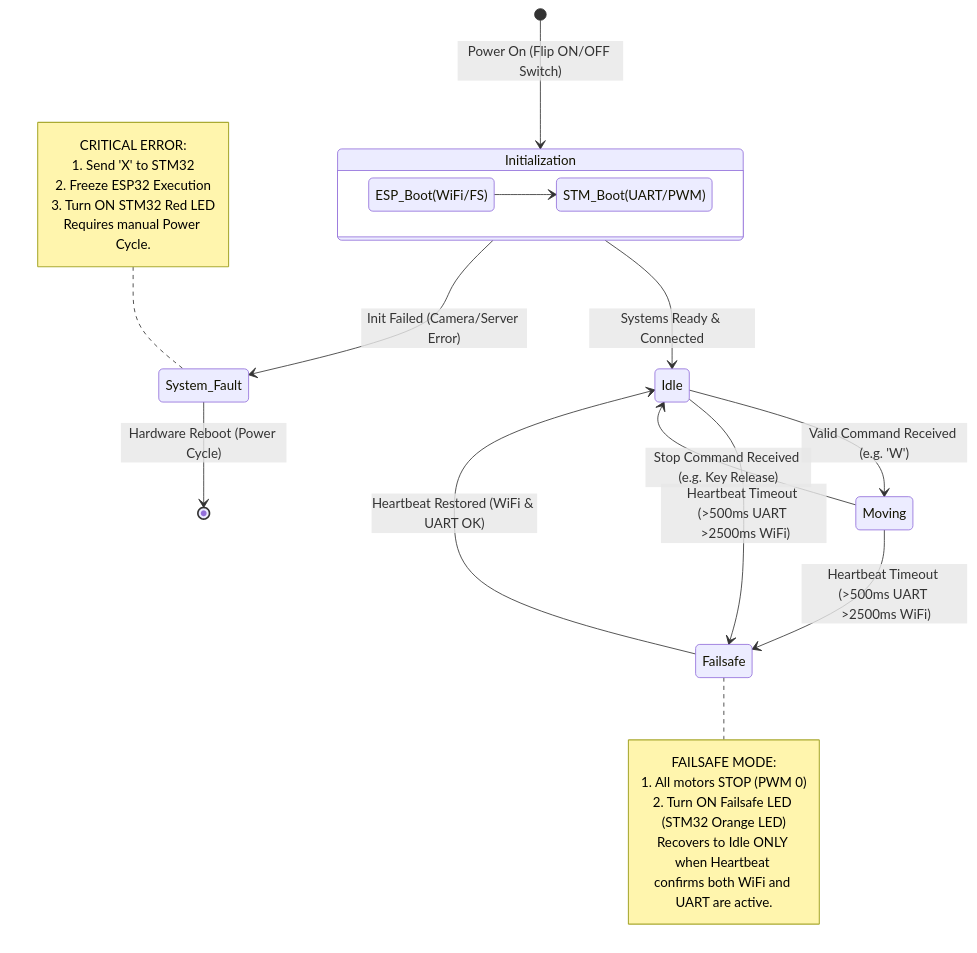
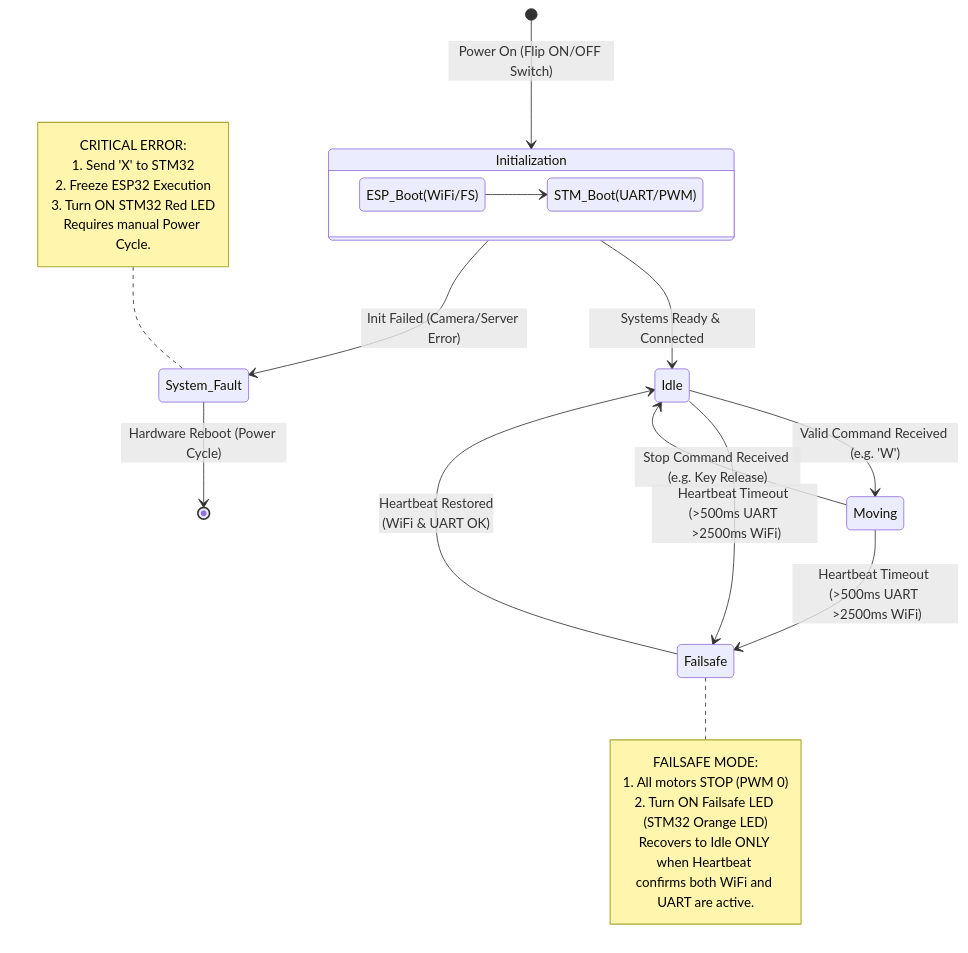
One commit to paulantofe/D.A.R.T. changed the third of 3 diagrams in README.md. Above: the diagram before and after it, drawn with Mermaid.

Commit message:
docs: improve formatting for Failsafe transition message
Updated Failsafe to Idle transition message formatting.

````diff
--- a/README.md
+++ b/README.md
@@ -140,37 +140,37 @@
 ```mermaid
 stateDiagram-v2
     [*] --> Initialization : Power On (Flip ON/OFF Switch)
     
     state Initialization {
         direction LR
         ESP_Boot(WiFi/FS) --> STM_Boot(UART/PWM)
     }
 
     Initialization --> Idle : Systems Ready & Connected
     Initialization --> System_Fault : Init Failed (Camera/Server Error)
 
     Idle --> Moving : Valid Command Received (e.g. 'W')
     Moving --> Idle : Stop Command Received (e.g. Key Release)
 
     Moving --> Failsafe : Heartbeat Timeout (>500ms UART <br> >2500ms WiFi)
     Idle --> Failsafe : Heartbeat Timeout (>500ms UART <br> >2500ms WiFi)
 
-    Failsafe --> Idle : Heartbeat Restored (WiFi & UART OK)
+    Failsafe --> Idle : Heartbeat Restored <br> (WiFi & UART OK)
     System_Fault --> [*] : Hardware Reboot (Power Cycle)
 
     note left of System_Fault
         CRITICAL ERROR:
         1. Send 'X' to STM32
         2. Freeze ESP32 Execution
         3. Turn ON STM32 Red LED
         Requires manual Power Cycle.
     end note
 
     note right of Failsafe
         FAILSAFE MODE:
         1. All motors STOP (PWM 0)
         2. Turn ON Failsafe LED (STM32 Orange LED)
         Recovers to Idle ONLY when Heartbeat 
         confirms both WiFi and UART are active.
     end note
 ```
````
